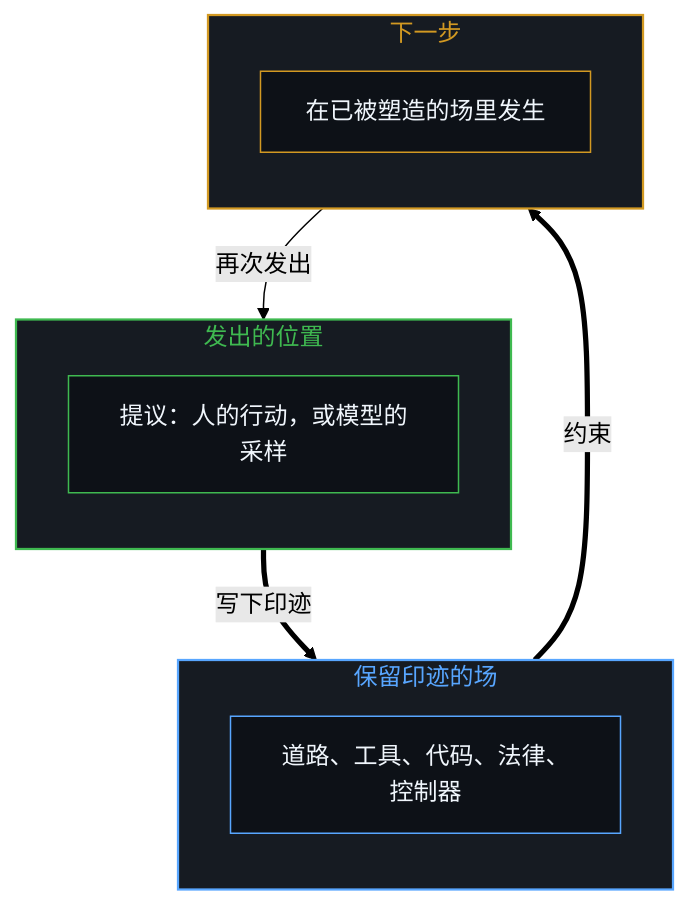
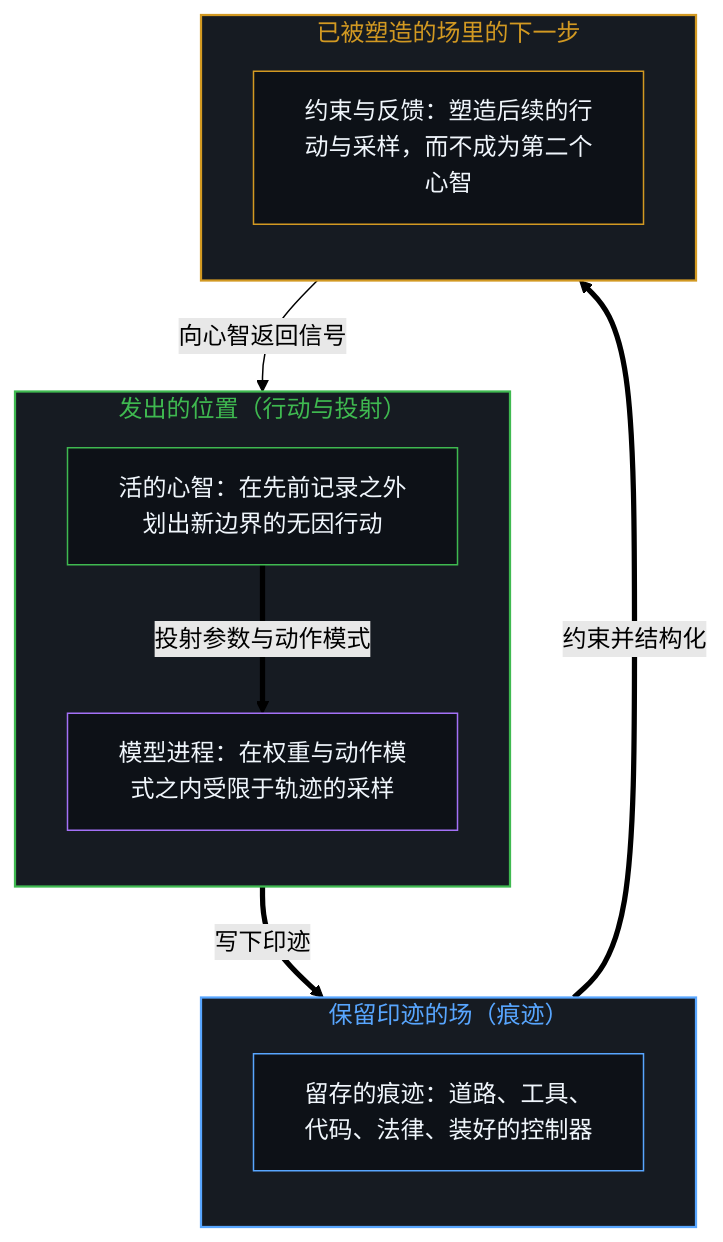
One commit to powerpig99/not-a-toe changed the first of 2 diagrams in content/posts/the-mark-and-the-act.md. Above: the diagram before and after it, drawn with Mermaid (forest theme). The commit also changed other lines of this file and 1 other file, not shown here.

````diff
--- a/content/posts/the-mark-and-the-act.md
+++ b/content/posts/the-mark-and-the-act.md
@@ -45,24 +45,27 @@
 ```mermaid
 flowchart TD
-    subgraph S_Emit["发出的位置"]
+    subgraph S_Emit["发出的位置（行动与投射）"]
         direction TB
-        E1["提议：人的行动，或模型的采样"]
+        E_Mind["活的心智：在先前记录之外划出新边界的无因行动"]
+        E_Model["模型进程：在权重与动作模式之内受限于轨迹的采样"]
+        E_Mind ==>|"投射参数与动作模式"| E_Model
     end
-    subgraph S_Field["保留印迹的场"]
+    subgraph S_Field["保留印迹的场（痕迹）"]
         direction TB
-        F1["道路、工具、代码、法律、控制器"]
+        F1["留存的痕迹：道路、工具、代码、法律、装好的控制器"]
     end
-    subgraph S_Next["下一步"]
+    subgraph S_Next["已被塑造的场里的下一步"]
         direction TB
-        N1["在已被塑造的场里发生"]
+        N1["约束与反馈：塑造后续的行动与采样，而不成为第二个心智"]
     end
-    E1 ==>|"写下印迹"| F1
-    F1 ==>|"约束"| N1
-    N1 -->|"再次发出"| E1
+    E_Model ==>|"写下印迹"| F1
+    F1 ==>|"约束并结构化"| N1
+    N1 -->|"向心智返回信号"| E_Mind
     style S_Emit fill:#161b22,stroke:#3fb950,stroke-width:1.5px,color:#3fb950
     style S_Field fill:#161b22,stroke:#58a6ff,stroke-width:1.5px,color:#58a6ff
     style S_Next fill:#161b22,stroke:#d29922,stroke-width:1.5px,color:#d29922
-    style E1 fill:#0d1117,stroke:#3fb950,stroke-width:1px,color:#f0f6fc
+    style E_Mind fill:#0d1117,stroke:#3fb950,stroke-width:1px,color:#f0f6fc
+    style E_Model fill:#0d1117,stroke:#a371f7,stroke-width:1px,color:#f0f6fc
     style F1 fill:#0d1117,stroke:#58a6ff,stroke-width:1px,color:#f0f6fc
     style N1 fill:#0d1117,stroke:#d29922,stroke-width:1px,color:#f0f6fc
 ```
````
